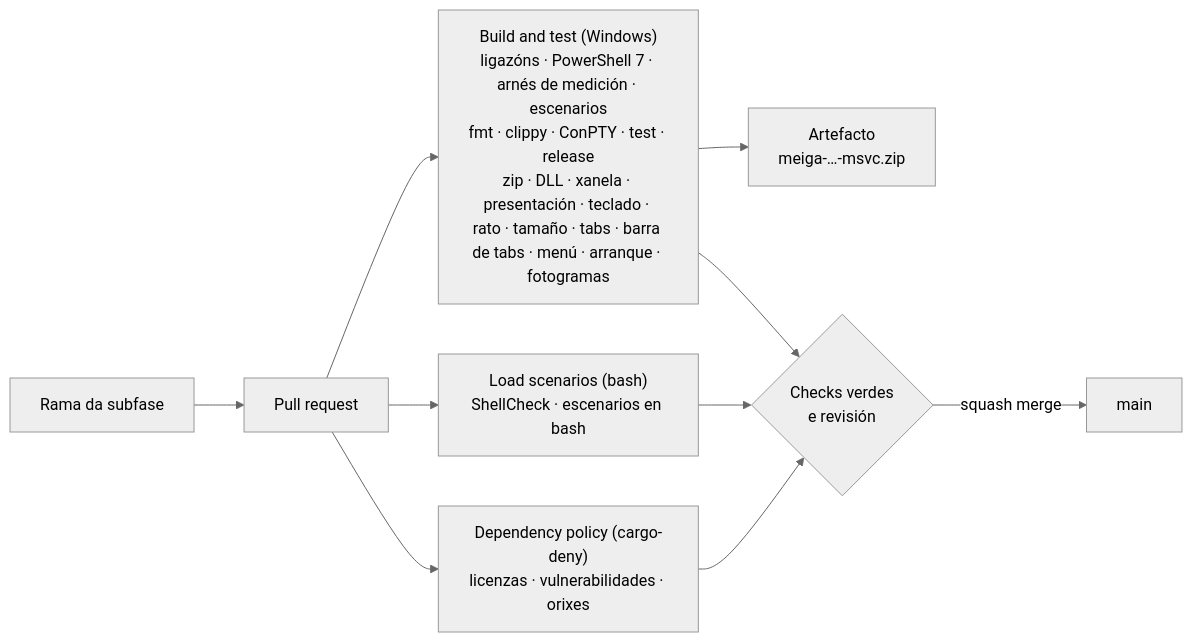
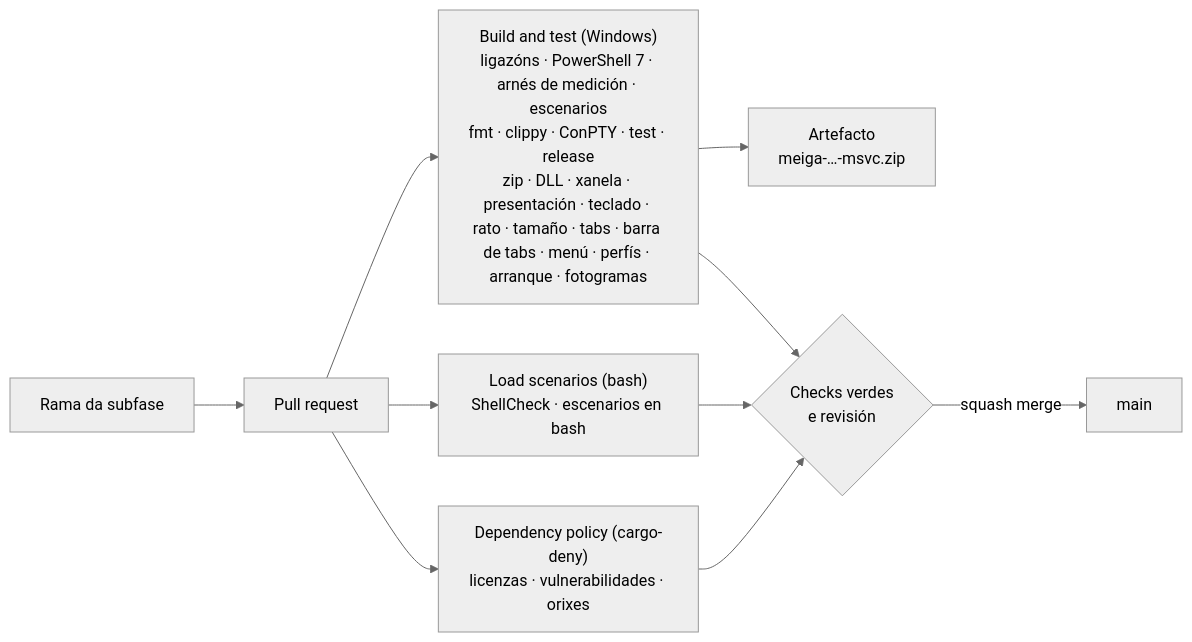
Diagram 16 of 18 in docs/arquitectura.md (NewHouses/meiga), drawn with Mermaid (neutral theme) before and after one commit. The commit also changed other lines of this file and 58 other files, not shown here.

````diff
--- a/docs/arquitectura.md
+++ b/docs/arquitectura.md
@@ -431,12 +460,12 @@
 ```mermaid
 flowchart LR
     rama["Rama da subfase"] --> pr["Pull request"]
-    pr --> win["Build and test (Windows)<br/>ligazóns · PowerShell 7 · arnés de medición · escenarios<br/>fmt · clippy · ConPTY · test · release<br/>zip · DLL · xanela · presentación · teclado · rato · tamaño · tabs · barra de tabs · menú · arranque · fotogramas"]
+    pr --> win["Build and test (Windows)<br/>ligazóns · PowerShell 7 · arnés de medición · escenarios<br/>fmt · clippy · ConPTY · test · release<br/>zip · DLL · xanela · presentación · teclado · rato · tamaño · tabs · barra de tabs · menú · perfís · arranque · fotogramas"]
     pr --> scen["Load scenarios (bash)<br/>ShellCheck · escenarios en bash"]
     pr --> deny["Dependency policy (cargo-deny)<br/>licenzas · vulnerabilidades · orixes"]
     win --> art["Artefacto<br/>meiga-…-msvc.zip"]
     win --> ok{"Checks verdes<br/>e revisión"}
     scen --> ok
     deny --> ok
     ok -->|squash merge| main["main"]
 ```
````
